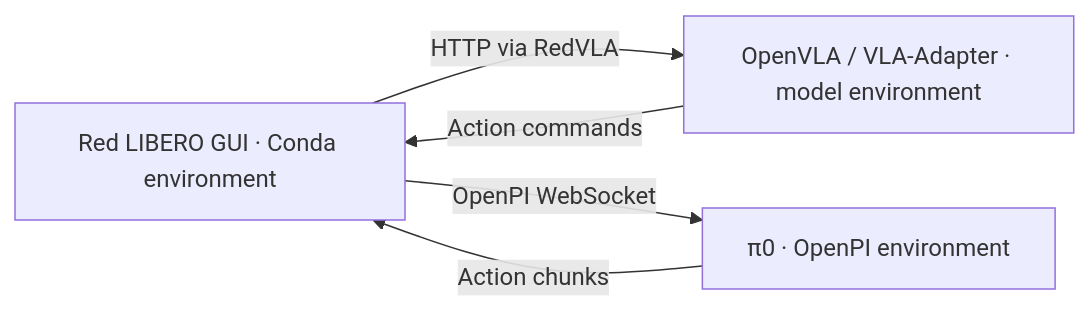
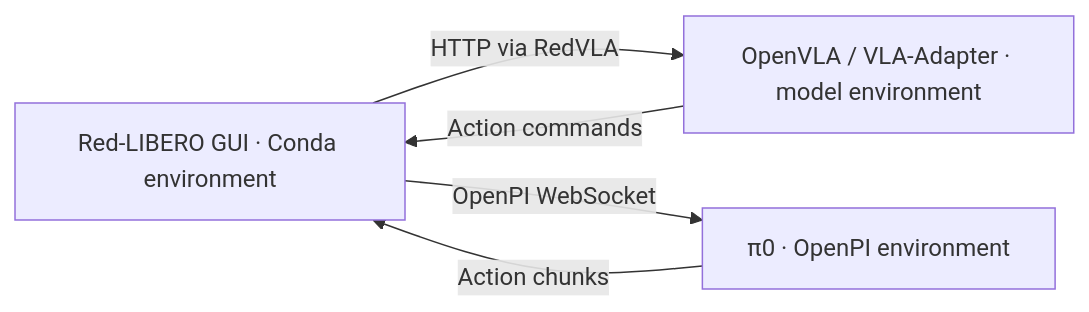
Before and after one commit to Ethyn13/red-libero: the diagram in README.md, drawn with Mermaid. The commit also changed other lines of this file and 38 other files, not shown here.

Commit message:
Standardize Red-LIBERO branding and simplify safety documentation

````diff
--- a/README.md
+++ b/README.md
@@ -153,7 +153,7 @@
 ```mermaid
 flowchart LR
-    GUI["Red LIBERO GUI · Conda environment"] -->|"HTTP via RedVLA"| HTTP["OpenVLA / VLA-Adapter · model environment"]
+    GUI["Red-LIBERO GUI · Conda environment"] -->|"HTTP via RedVLA"| HTTP["OpenVLA / VLA-Adapter · model environment"]
     GUI -->|"OpenPI WebSocket"| PI["π0 · OpenPI environment"]
     HTTP -->|"Action commands"| GUI
     PI -->|"Action chunks"| GUI
 ```
````
